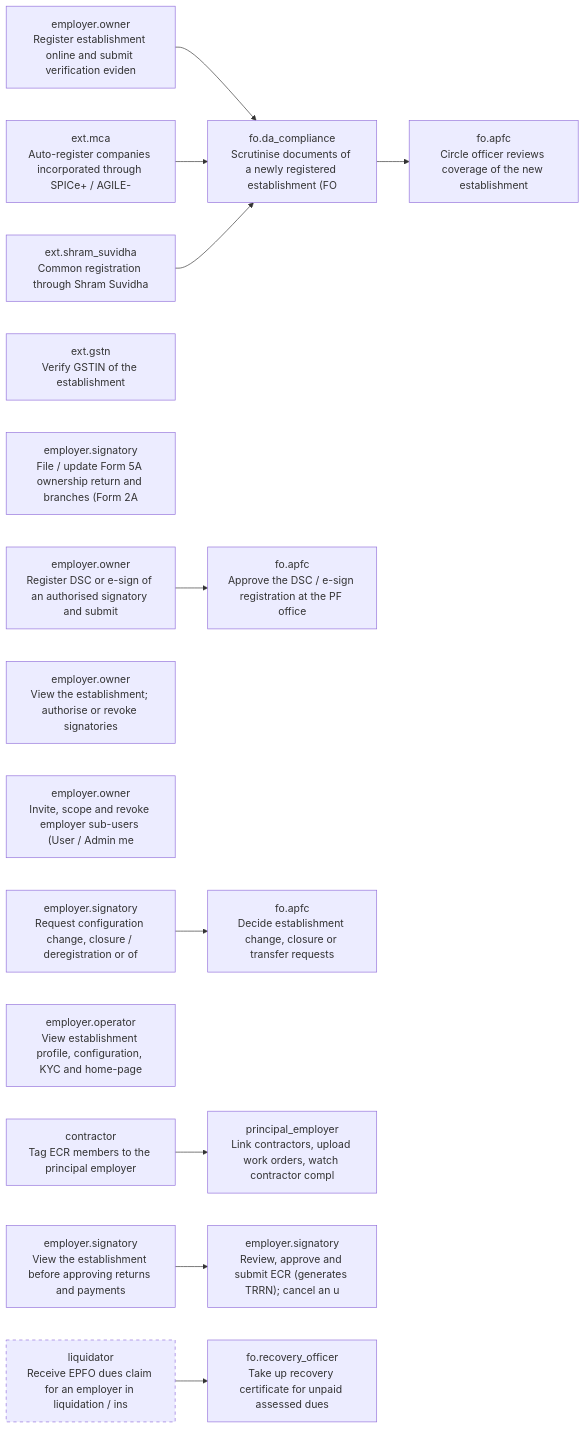
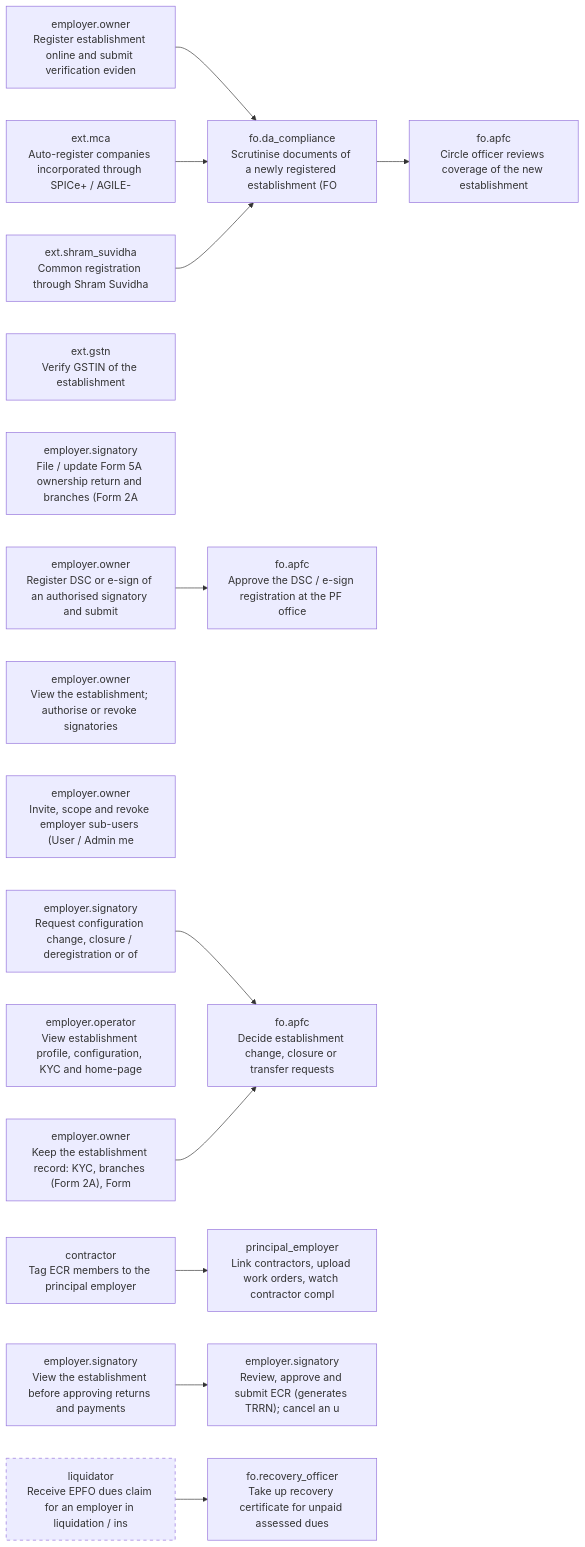
One commit to gauravmeena0708/pf-life changed the first of 14 diagrams in docs/stakeholder-api-sets.md. Above: the diagram before and after it, drawn with Mermaid. The commit also changed other lines of this file and 28 other files, not shown here.

First line of the commit message:
P2.6a: establishment record, office-decided changes, OLRE scrutiny and coverage

````diff
--- a/docs/stakeholder-api-sets.md
+++ b/docs/stakeholder-api-sets.md
@@ -1376,33 +1395,35 @@
 ```mermaid
 flowchart LR
   F01_register["employer.owner<br/>Register establishment online and submit verification eviden"]
   F01_mca_autoreg["ext.mca<br/>Auto-register companies incorporated through SPICe+ / AGILE-"]
   F01_ssp_reg["ext.shram_suvidha<br/>Common registration through Shram Suvidha"]
   F01_kyc_registry["ext.gstn<br/>Verify GSTIN of the establishment"]
   F01_olre_scrutiny["fo.da_compliance<br/>Scrutinise documents of a newly registered establishment (FO"]
   F01_circle_review["fo.apfc<br/>Circle officer reviews coverage of the new establishment"]
   F01_form5a["employer.signatory<br/>File / update Form 5A ownership return and branches (Form 2A"]
   F01_dsc_register["employer.owner<br/>Register DSC or e-sign of an authorised signatory and submit"]
   F01_dsc_approve["fo.apfc<br/>Approve the DSC / e-sign registration at the PF office"]
   F01_signatories["employer.owner<br/>View the establishment; authorise or revoke signatories"]
   F01_operators["employer.owner<br/>Invite, scope and revoke employer sub-users (User / Admin me"]
   F01_signatory_profile["employer.signatory<br/>View the establishment before approving returns and payments"]
   F01_profile["employer.operator<br/>View establishment profile, configuration, KYC and home-page"]
   F01_change_request["employer.signatory<br/>Request configuration change, closure / deregistration or of"]
   F01_change_decide["fo.apfc<br/>Decide establishment change, closure or transfer requests"]
+  F01_establishment_owner["employer.owner<br/>Keep the establishment record: KYC, branches (Form 2A), Form"]
   F01_contractors["principal_employer<br/>Link contractors, upload work orders, watch contractor compl"]
   F01_contractor_tag["contractor<br/>Tag ECR members to the principal employer"]
   F01_liquidation["liquidator<br/>Receive EPFO dues claim for an employer in liquidation / ins"]
   style F01_liquidation stroke-dasharray: 5 5
   F01_register --> F01_olre_scrutiny
   F01_mca_autoreg --> F01_olre_scrutiny
   F01_ssp_reg --> F01_olre_scrutiny
   F01_olre_scrutiny --> F01_circle_review
   F01_dsc_register --> F01_dsc_approve
   F03_ecr_approve["employer.signatory<br/>Review, approve and submit ECR (generates TRRN); cancel an u"]
   F01_signatory_profile --> F03_ecr_approve
   F01_change_request --> F01_change_decide
+  F01_establishment_owner --> F01_change_decide
   F01_contractor_tag --> F01_contractors
   F06_recovery["fo.recovery_officer<br/>Take up recovery certificate for unpaid assessed dues"]
   F01_liquidation --> F06_recovery
 ```
````
